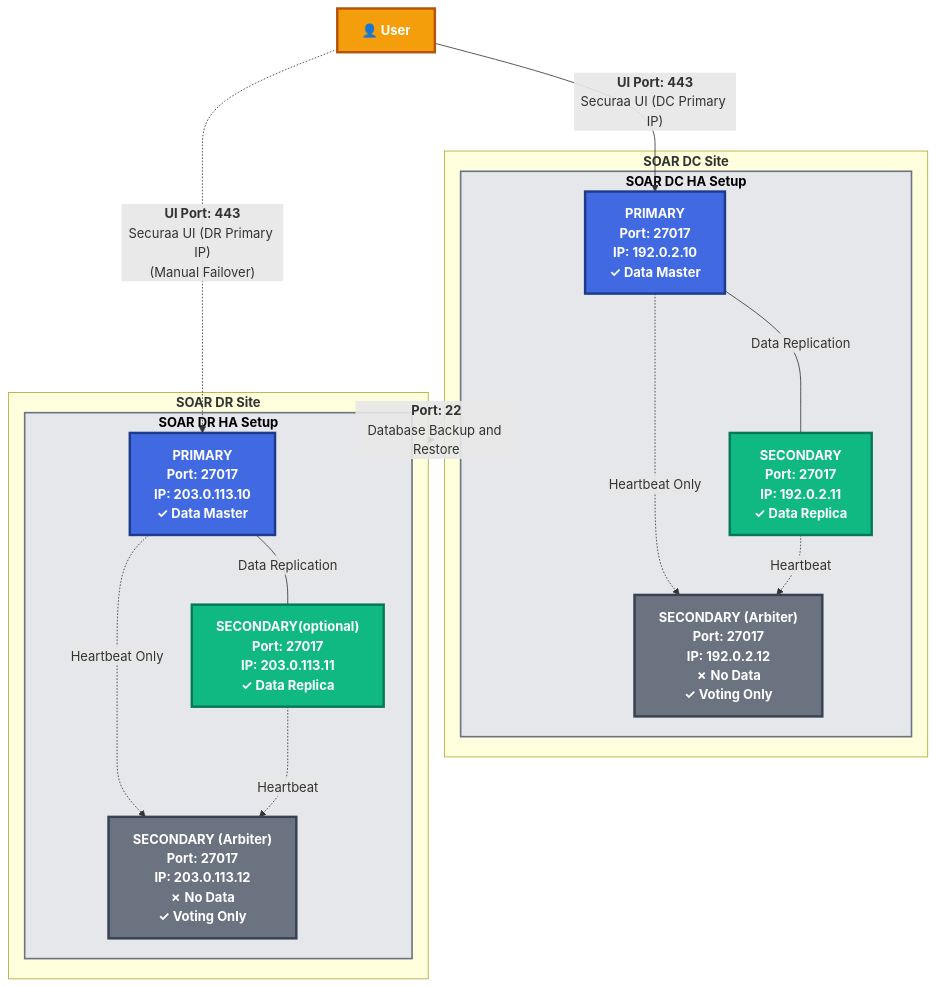
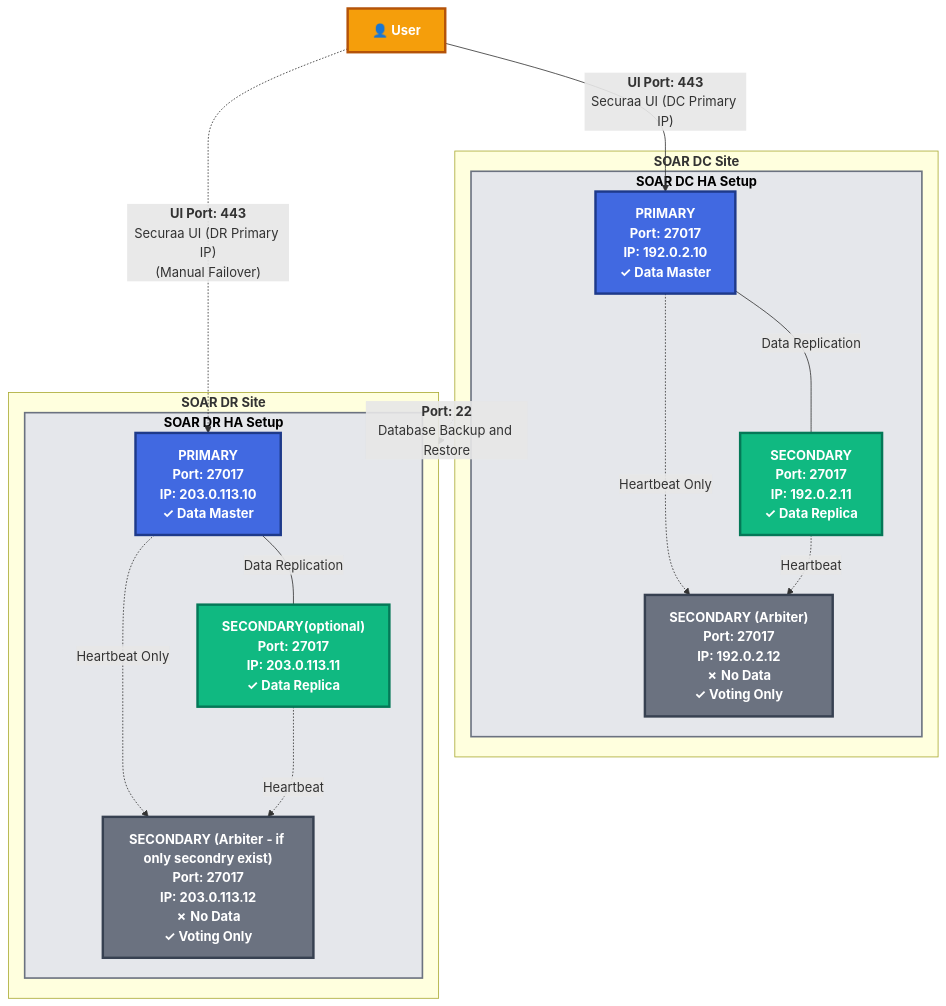
One commit to Vishwa0220/customers-docs changed the first of 12 diagrams in HA_DR_Architecture_Documentation_dt3.md. Above: the diagram before and after it, drawn with Mermaid.

````diff
--- a/HA_DR_Architecture_Documentation_dt3.md
+++ b/HA_DR_Architecture_Documentation_dt3.md
@@ -47,47 +47,47 @@
 ```mermaid
 graph TB
     subgraph DC["<b>SOAR DC Site</b>"]
         subgraph DC_HA["<b>SOAR DC HA Setup</b>"]
             DC_PRI["<b>PRIMARY</b><br/>Port: 27017<br/>IP: 192.0.2.10<br/>✓ Data Master"]
             DC_SEC1["<b>SECONDARY</b><br/>Port: 27017<br/>IP: 192.0.2.11<br/>✓ Data Replica"]
             DC_SEC2["<b>SECONDARY (Arbiter)</b><br/>Port: 27017<br/>IP: 192.0.2.12<br/>✗ No Data<br/>✓ Voting Only"]
             
             DC_PRI ---|"Data Replication"| DC_SEC1
             DC_PRI -.->|"Heartbeat Only"| DC_SEC2
             DC_SEC1 -.->|"Heartbeat"| DC_SEC2
         end
     end
 
     subgraph DR["<b>SOAR DR Site</b>"]
         subgraph DR_HA["<b>SOAR DR HA Setup</b>"]
             DR_PRI["<b>PRIMARY</b><br/>Port: 27017<br/>IP: 203.0.113.10<br/>✓ Data Master"]
             DR_SEC1["<b>SECONDARY(optional)</b><br/>Port: 27017<br/>IP: 203.0.113.11<br/>✓ Data Replica"]
-            DR_SEC2["<b>SECONDARY (Arbiter)</b><br/>Port: 27017<br/>IP: 203.0.113.12<br/>✗ No Data<br/>✓ Voting Only"]
+            DR_SEC2["<b>SECONDARY (Arbiter - if only secondry exist)</b><br/>Port: 27017<br/>IP: 203.0.113.12<br/>✗ No Data<br/>✓ Voting Only"]
             
             DR_PRI ---|"Data Replication"| DR_SEC1
             DR_PRI -.->|"Heartbeat Only"| DR_SEC2
             DR_SEC1 -.->|"Heartbeat"| DR_SEC2
         end
     end
 
     USER["<b>👤 User</b>"]
 
     %% Cross-site backup/restore
     DC -.->|"<b>Port: 22</b><br/>Database Backup and Restore"| DR
 
     %% User access
     USER -->|"<b>UI Port: 443</b><br/>Securaa UI (DC Primary IP)"| DC_PRI
     USER -.->|"<b>UI Port: 443</b><br/>Securaa UI (DR Primary IP)<br/>(Manual Failover)"| DR_PRI
 
     classDef primaryStyle fill:#4169e1,stroke:#1e3a8a,stroke-width:3px,color:#fff,font-weight:bold
     classDef secondaryStyle fill:#10b981,stroke:#047857,stroke-width:3px,color:#fff,font-weight:bold
     classDef arbiterStyle fill:#6b7280,stroke:#374151,stroke-width:3px,color:#fff,font-weight:bold
     classDef userStyle fill:#f59e0b,stroke:#b45309,stroke-width:3px,color:#fff,font-weight:bold
     classDef siteStyle fill:#e5e7eb,stroke:#6b7280,stroke-width:2px,color:#000
     
     class DC_PRI,DR_PRI primaryStyle
     class DC_SEC1,DR_SEC1 secondaryStyle
     class DC_SEC2,DR_SEC2 arbiterStyle
     class USER userStyle
     class DC_HA,DR_HA siteStyle
 ```
````
